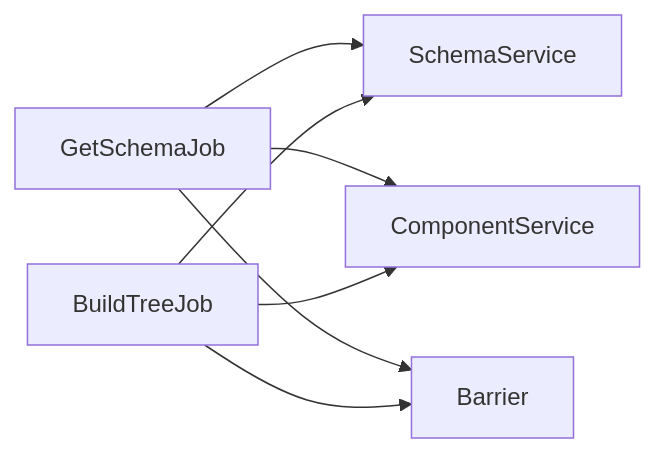
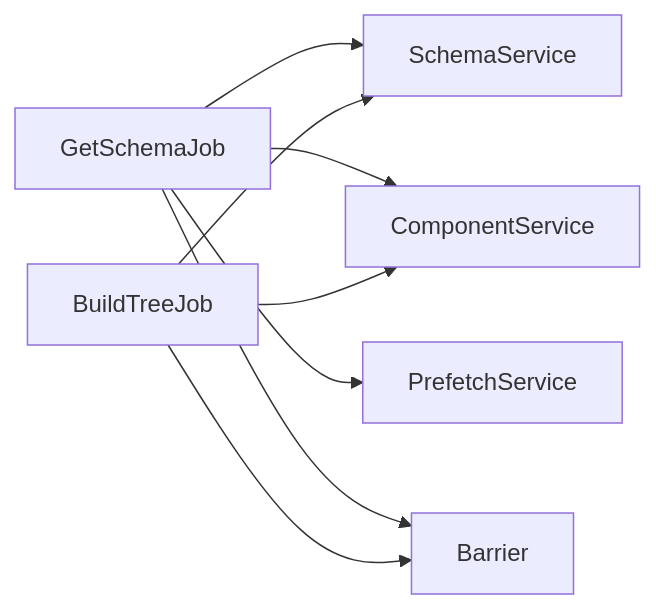
The seventh of 7 diagrams in .qoder/repowiki/zh/content/任务系统/Job调度/任务类型/GetSchemaJob.md (pomeloneo/mobile-builder-arch-demo), drawn with Mermaid before and after one commit. The commit also changed other lines of this file and 211 other files, not shown here.

````diff
--- a/.qoder/repowiki/zh/content/任务系统/Job调度/任务类型/GetSchemaJob.md
+++ b/.qoder/repowiki/zh/content/任务系统/Job调度/任务类型/GetSchemaJob.md
@@ -293,9 +345,10 @@
 ```mermaid
 graph LR
 GSJ["GetSchemaJob"] --> SS["SchemaService"]
 GSJ --> CS["ComponentService"]
+GSJ --> PS["PrefetchService"]
 BTJ["BuildTreeJob"] --> SS
 BTJ --> CS
 GSJ --> BR["Barrier"]
 BTJ --> BR
 ```
````
